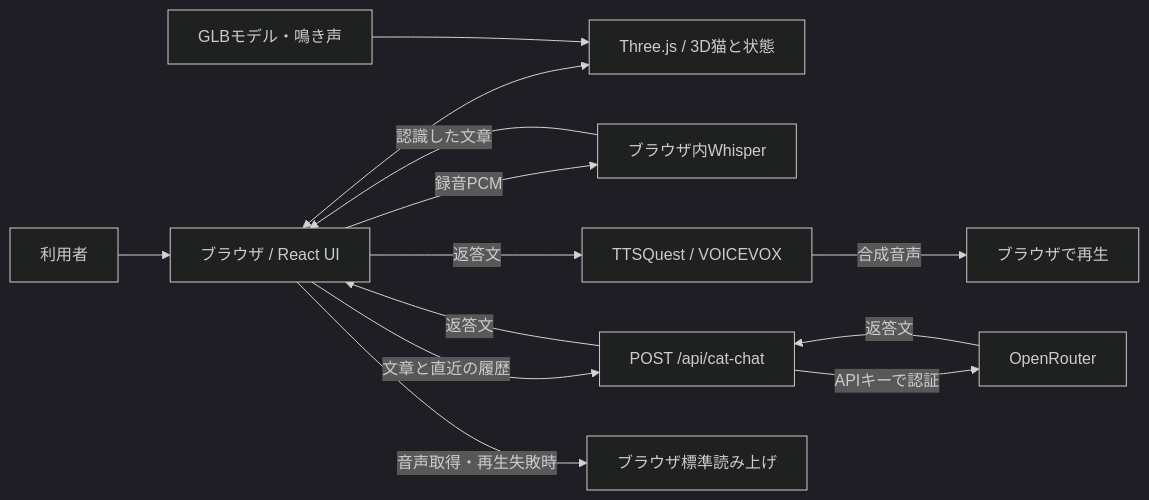
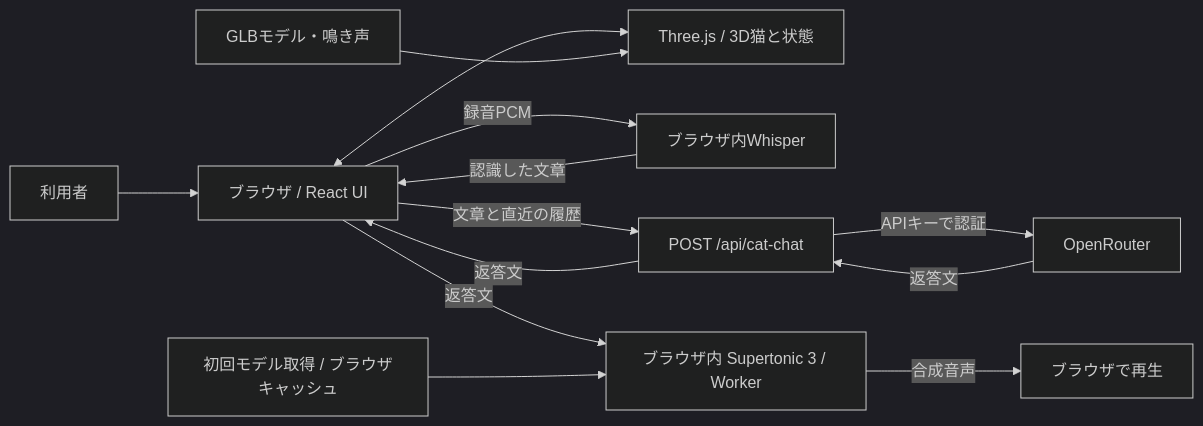
One commit to tamina0624-study/cat_game changed the diagram in README.md. Above: the diagram before and after it, drawn with Mermaid (dark theme). The commit also changed other lines of this file and 25 other files, not shown here.

````diff
--- a/README.md
+++ b/README.md
@@ -61,15 +64,15 @@
 ```mermaid
 flowchart LR
     User[利用者] --> UI[ブラウザ / React UI]
     UI <--> Game[Three.js / 3D猫と状態]
     Assets[GLBモデル・鳴き声] --> Game
     UI -->|録音PCM| Whisper[ブラウザ内Whisper]
     Whisper -->|認識した文章| UI
     UI -->|文章と直近の履歴| API[POST /api/cat-chat]
     API -->|APIキーで認証| Router[OpenRouter]
     Router -->|返答文| API
     API -->|返答文| UI
-    UI -->|返答文| TTS[TTSQuest / VOICEVOX]
+    UI -->|返答文| TTS[ブラウザ内 Supertonic 3 / Worker]
     TTS -->|合成音声| Player[ブラウザで再生]
-    UI -->|音声取得・再生失敗時| Fallback[ブラウザ標準読み上げ]
+    AssetsTTS[初回モデル取得 / ブラウザキャッシュ] --> TTS
 ```
````
